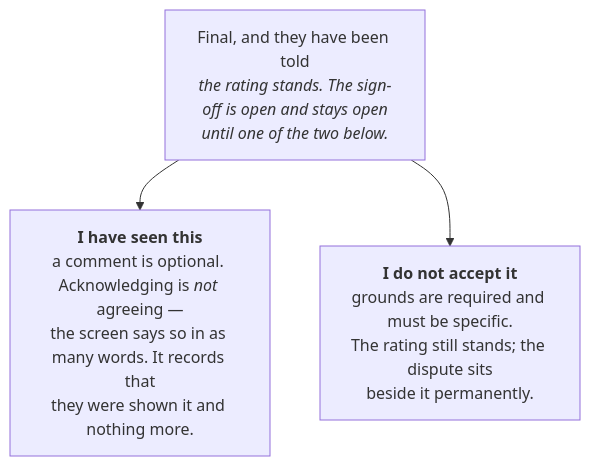
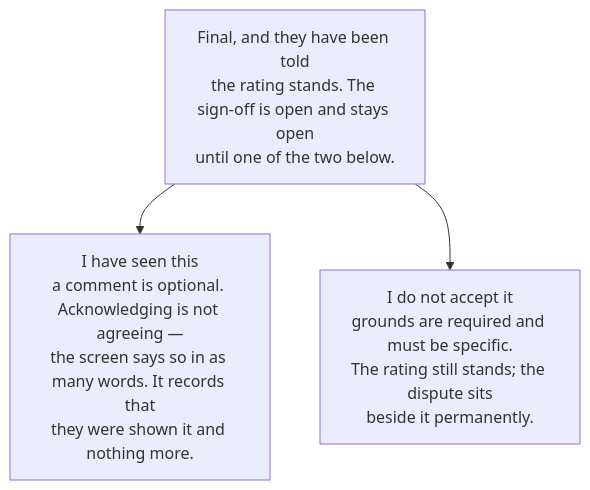
Before and after one commit to SchullGroup/approvehr-frontend-v2: the third of 3 diagrams in docs/walkthroughs/performance.md, drawn with Mermaid. The commit also changed other lines of this file, not shown here.

First line of the commit message:
docs(walkthrough): drop markup GitHub's mermaid would print rather than render

````diff
--- a/docs/walkthroughs/performance.md
+++ b/docs/walkthroughs/performance.md
@@ -627,6 +627,6 @@
 ```mermaid
 flowchart TD
-  F["Final, and they have been told<br/><i>the rating stands. The sign-off is open and stays open<br/>until one of the two below.</i>"]
-  F --> A["<b>I have seen this</b><br/>a comment is optional. Acknowledging is <i>not</i> agreeing —<br/>the screen says so in as many words. It records that<br/>they were shown it and nothing more."]
-  F --> D["<b>I do not accept it</b><br/>grounds are required and must be specific.<br/>The rating still stands; the dispute sits<br/>beside it permanently."]
+  F["Final, and they have been told<br/>the rating stands. The sign-off is open and stays open<br/>until one of the two below."]
+  F --> A["I have seen this<br/>a comment is optional. Acknowledging is not agreeing —<br/>the screen says so in as many words. It records that<br/>they were shown it and nothing more."]
+  F --> D["I do not accept it<br/>grounds are required and must be specific.<br/>The rating still stands; the dispute sits<br/>beside it permanently."]
 ```
````
